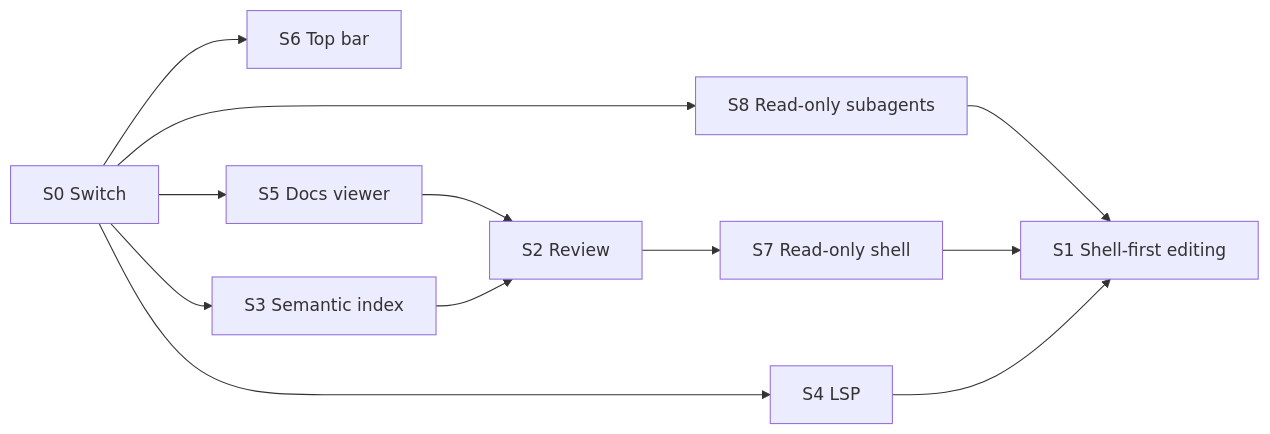
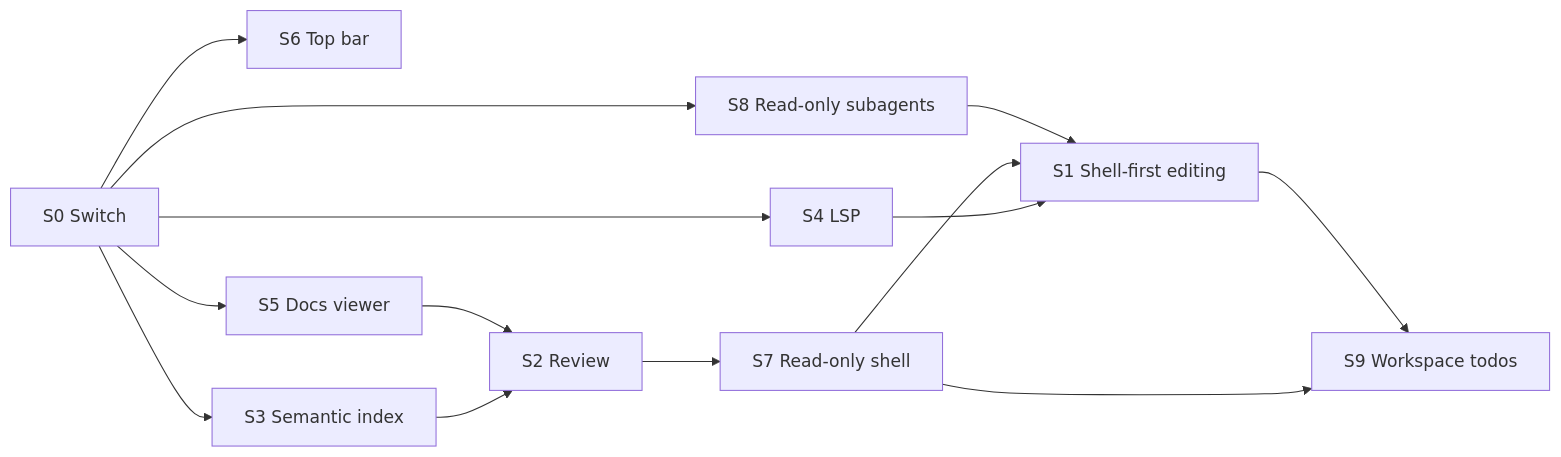
One commit to cgund98/robi changed the diagram in docs/src/streamlining.md. Above: the diagram before and after it, drawn with Mermaid. The commit also changed other lines of this file and 51 other files, not shown here.

````diff
--- a/docs/src/streamlining.md
+++ b/docs/src/streamlining.md
@@ -426,14 +573,16 @@
 ```mermaid
 graph LR
   S0[S0 Switch] --> S6[S6 Top bar]
   S0 --> S5[S5 Docs viewer]
   S0 --> S3[S3 Semantic index]
   S0 --> S4[S4 LSP]
   S0 --> S8[S8 Read-only subagents]
   S5 --> S2[S2 Review]
   S3 --> S2
   S8 --> S1[S1 Shell-first editing]
   S2 --> S7[S7 Read-only shell]
   S7 --> S1
   S4 --> S1
+  S1 --> S9[S9 Workspace todos]
+  S7 --> S9
 ```
````
